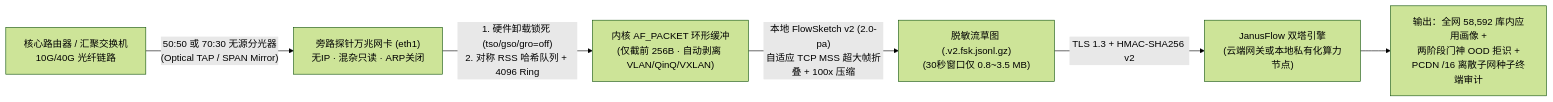
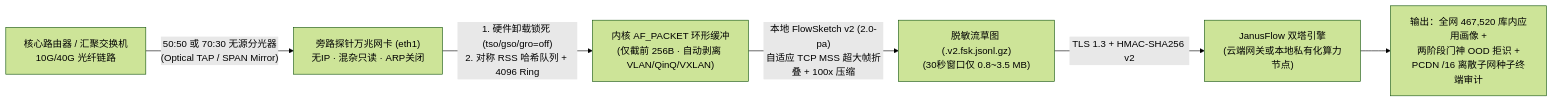
One commit to 876387/janusflow-probe changed the diagram in probes/core_10g_tap/README.md. Above: the diagram before and after it, drawn with Mermaid (forest theme). The commit also changed 5 other files, not shown here.

````diff
--- a/probes/core_10g_tap/README.md
+++ b/probes/core_10g_tap/README.md
@@ -9,8 +9,8 @@
 ```mermaid
 flowchart LR
     A["核心路由器 / 汇聚交换机<br/>10G/40G 光纤链路"] -->|"50:50 或 70:30 无源分光器<br/>(Optical TAP / SPAN Mirror)"| B["旁路探针万兆网卡 (eth1)<br/>无IP · 混杂只读 · ARP关闭"]
     B -->|"1. 硬件卸载锁死 (tso/gso/gro=off)<br/>2. 对称 RSS 哈希队列 + 4096 Ring"| C["内核 AF_PACKET 环形缓冲<br/>(仅截前 256B · 自动剥离 VLAN/QinQ/VXLAN)"]
     C -->|"本地 FlowSketch v2 (2.0-pa)<br/>自适应 TCP MSS 超大帧折叠 + 100x 压缩"| D["脱敏流草图 (.v2.fsk.jsonl.gz)<br/>(30秒窗口仅 0.8~3.5 MB)"]
     D -->|"TLS 1.3 + HMAC-SHA256 v2"| E["JanusFlow 双塔引擎<br/>(云端网关或本地私有化算力节点)"]
-    E --> F["输出：全网 58,592 库内应用画像 +<br/>两阶段门神 OOD 拒识 +<br/>PCDN /16 离散子网种子终端审计"]
+    E --> F["输出：全网 467,520 库内应用画像 +<br/>两阶段门神 OOD 拒识 +<br/>PCDN /16 离散子网种子终端审计"]
 ```
````
